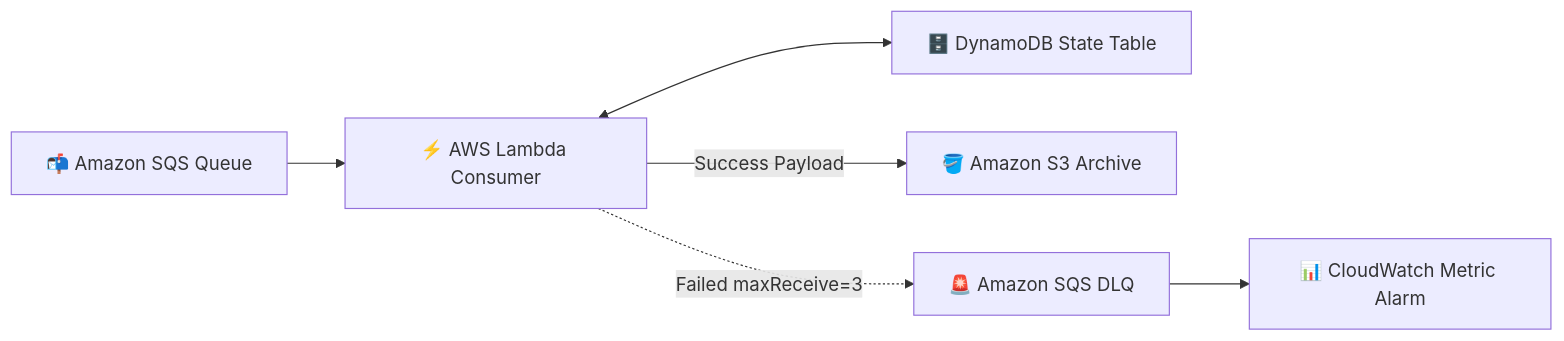
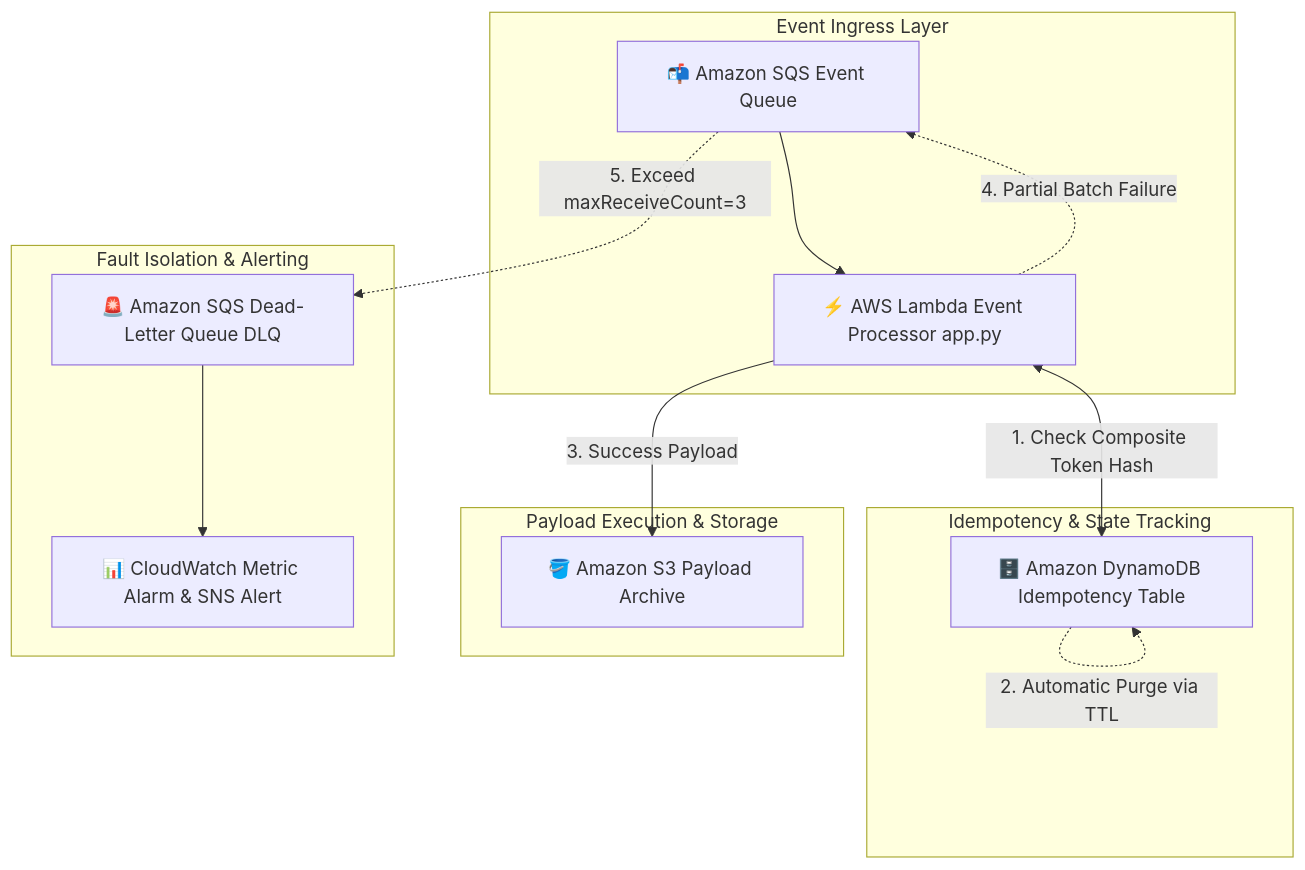
One commit to sanmathik8/eventguardian changed the diagram in README.md. Above: the diagram before and after it, drawn with Mermaid. The commit also changed other lines of this file, not shown here.

Commit message:
Docs: Expand EventGuardian README with deep technical workflow and directory tree

````diff
--- a/README.md
+++ b/README.md
@@ -16,8 +29,21 @@
 ```mermaid
-flowchart LR
-    A[📬 Amazon SQS Queue] --> B[⚡ AWS Lambda Consumer]
-    B <--> C[🗄️ DynamoDB State Table]
-    B -->|Success Payload| D[🪣 Amazon S3 Archive]
-    B -.->|Failed maxReceive=3| E[🚨 Amazon SQS DLQ]
-    E --> F[📊 CloudWatch Metric Alarm]
+flowchart TD
+    subgraph Ingress_Layer [Event Ingress Layer]
+        A[📬 Amazon SQS Event Queue] --> B[⚡ AWS Lambda Event Processor app.py]
+    end
+
+    subgraph Idempotency_Layer [Idempotency & State Tracking]
+        B <-->|1. Check Composite Token Hash| C[🗄️ Amazon DynamoDB Idempotency Table]
+        C -.->|2. Automatic Purge via TTL| C
+    end
+
+    subgraph Processing_Layer [Payload Execution & Storage]
+        B -->|3. Success Payload| D[🪣 Amazon S3 Payload Archive]
+        B -.->|4. Partial Batch Failure| A
+    end
+
+    subgraph Escalation_Layer [Fault Isolation & Alerting]
+        A -.->|5. Exceed maxReceiveCount=3| E[🚨 Amazon SQS Dead-Letter Queue DLQ]
+        E --> F[📊 CloudWatch Metric Alarm & SNS Alert]
+    end
 ```
````
